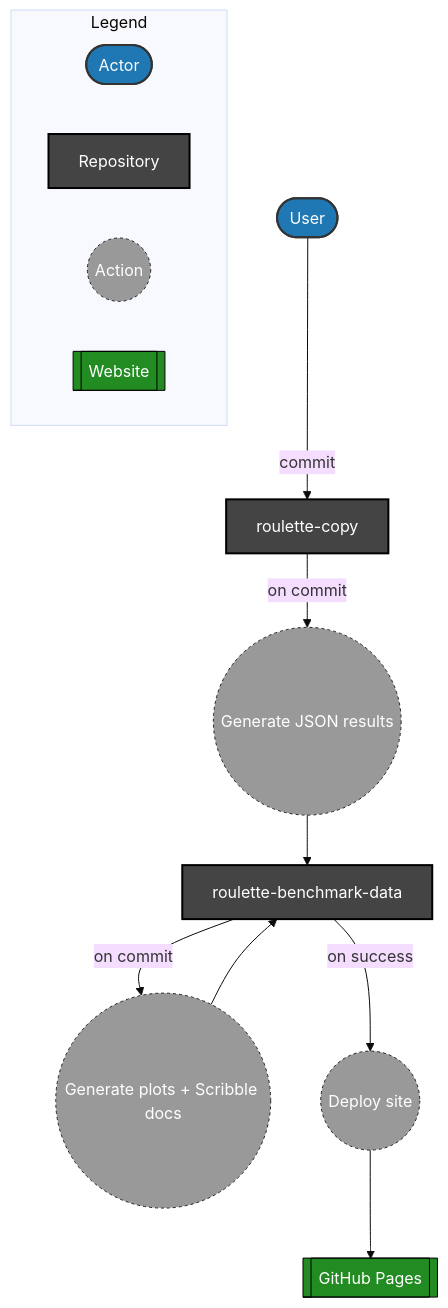
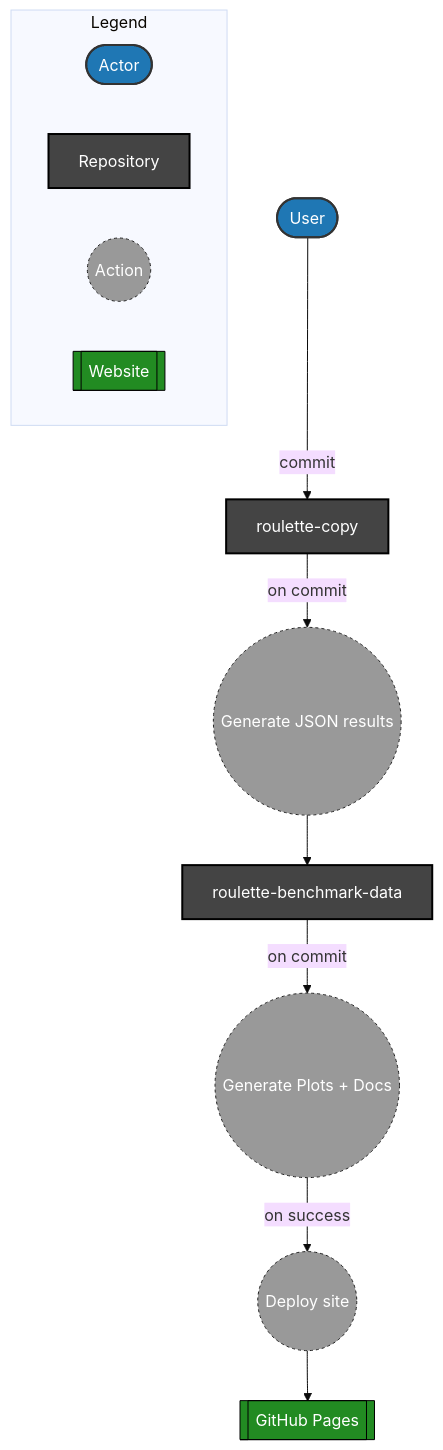
One commit to roulette-ppl/roulette-benchmark-data changed the diagram in README.md. Above: the diagram before and after it, drawn with Mermaid (base theme).

Commit message:
clean up mermaid a bit

````diff
--- a/README.md
+++ b/README.md
@@ -7,33 +7,31 @@
 ```mermaid
 graph TD
   %% Nodes
   U([User]):::actor
   RC[roulette-copy]:::repo
   RBD[roulette-benchmark-data]:::repo
   GP[[GitHub Pages]]:::web
 
   A1((Generate JSON results)):::action
-  A2((Generate plots + Scribble docs)):::action
+  A2((Generate Plots + Docs)):::action
   A3((Deploy site)):::action
 
   %% Flows
   U -- commit --> RC
   RC -- on commit --> A1 --> RBD
-  RBD -- on commit --> A2 --> RBD
-  RBD -- on success --> A3 --> GP
+  RBD -- on commit --> A2 -- on success --> A3 --> GP
 
   %% Legend
   subgraph Legend
     L1([Actor]):::actor
     L2[Repository]:::repo
     L3((Action)):::action
     L4[[Website]]:::web
   end
 
   %% Styles
   classDef actor fill:#1f77b4,color:#fff,stroke:#333,stroke-width:2px
   classDef repo fill:#444,color:#fff,stroke:#000,stroke-width:2px
   classDef action fill:#999,color:#fff,stroke:#222,stroke-dasharray: 3 3
   classDef web fill:#228B22,color:#fff,stroke:#000
-
 ```
````
